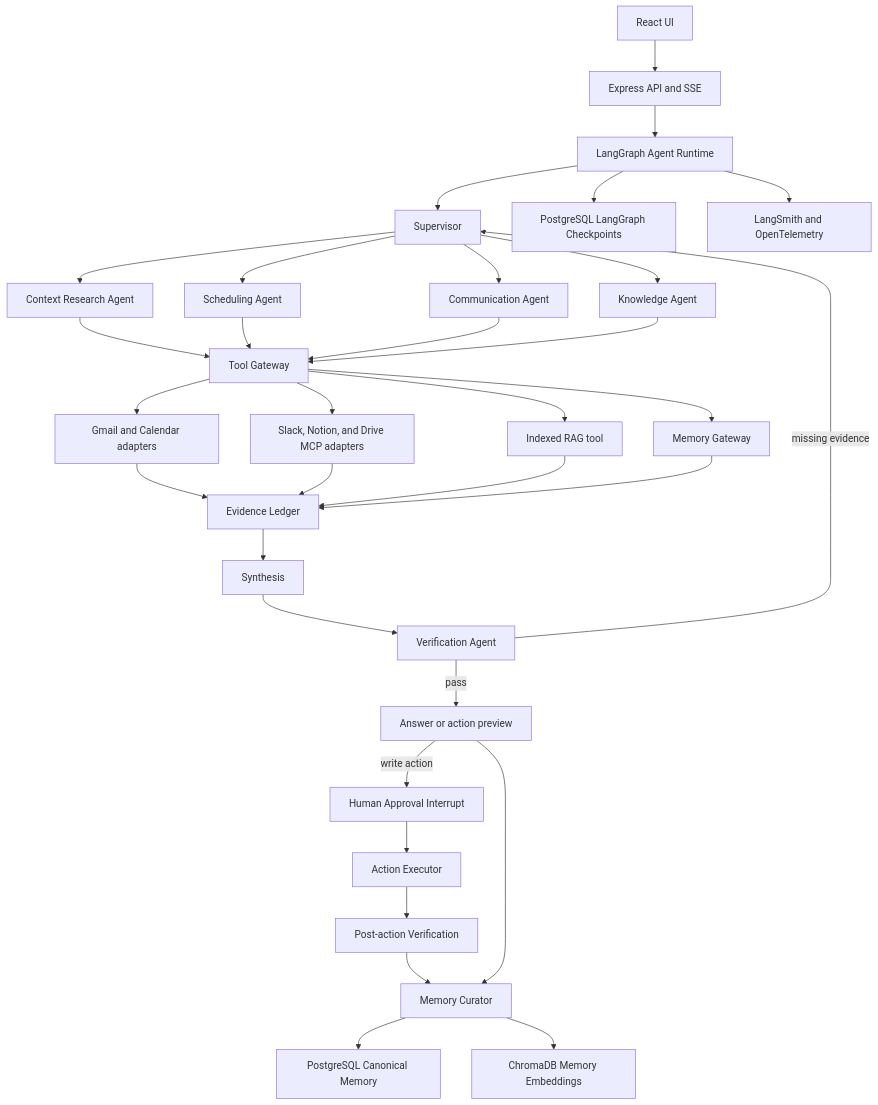
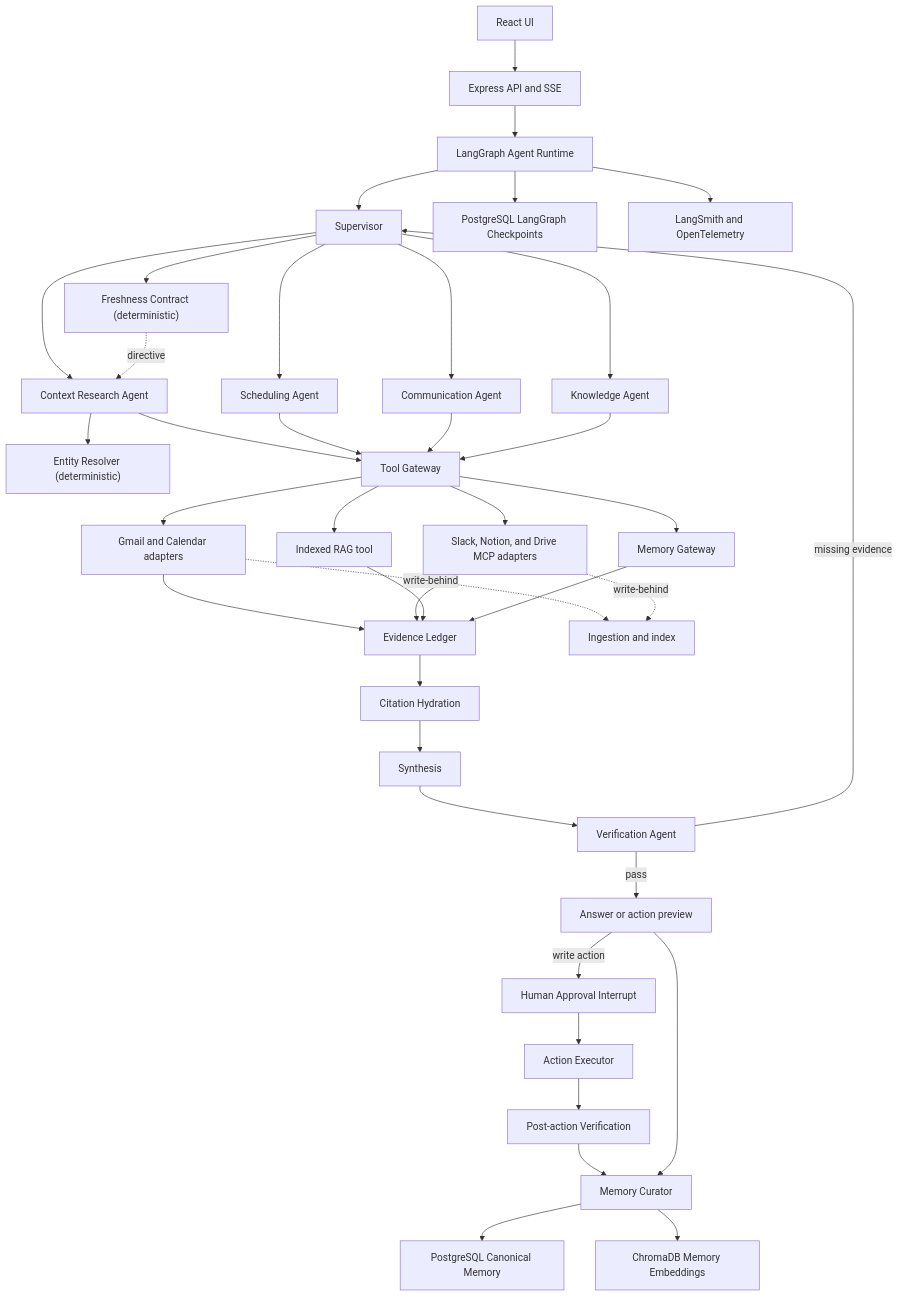
Before and after one commit to Srinivasa241103/MyRA: the first of 2 diagrams in docs/MYRA_V2_PROJECT_MASTER_PLAN.md, drawn with Mermaid. The commit also changed other lines of this file and 48 other files, not shown here.

````diff
--- a/docs/MYRA_V2_PROJECT_MASTER_PLAN.md
+++ b/docs/MYRA_V2_PROJECT_MASTER_PLAN.md
@@ -877,43 +957,51 @@
 ```mermaid
 flowchart TD
     UI["React UI"] --> API["Express API and SSE"]
     API --> GRAPH["LangGraph Agent Runtime"]
 
     GRAPH --> SUP["Supervisor"]
     SUP --> RES["Context Research Agent"]
     SUP --> SCH["Scheduling Agent"]
     SUP --> COM["Communication Agent"]
     SUP --> KNO["Knowledge Agent"]
+
+    SUP --> FRS["Freshness Contract (deterministic)"]
+    FRS -.directive.-> RES
+    RES --> ENT["Entity Resolver (deterministic)"]
 
     RES --> TG["Tool Gateway"]
     SCH --> TG
     COM --> TG
     KNO --> TG
 
     TG --> GOOGLE["Gmail and Calendar adapters"]
     TG --> MCP["Slack, Notion, and Drive MCP adapters"]
     TG --> RAG["Indexed RAG tool"]
     TG --> MEM["Memory Gateway"]
 
     GOOGLE --> EVID["Evidence Ledger"]
     MCP --> EVID
     RAG --> EVID
     MEM --> EVID
 
-    EVID --> SYN["Synthesis"]
+    GOOGLE -.write-behind.-> INDEX["Ingestion and index"]
+    MCP -.write-behind.-> INDEX
+
+    EVID --> HYD["Citation Hydration"]
+    HYD --> SYN["Synthesis"]
     SYN --> VER["Verification Agent"]
     VER -->|"pass"| RESP["Answer or action preview"]
     VER -->|"missing evidence"| SUP
 
     RESP -->|"write action"| APPROVAL["Human Approval Interrupt"]
     APPROVAL --> EXEC["Action Executor"]
     EXEC --> CHECK["Post-action Verification"]
 
     CHECK --> CURATOR["Memory Curator"]
     RESP --> CURATOR
 
     GRAPH --> CHECKPOINT["PostgreSQL LangGraph Checkpoints"]
     GRAPH --> TRACE["LangSmith and OpenTelemetry"]
     CURATOR --> PG["PostgreSQL Canonical Memory"]
     CURATOR --> CHROMA["ChromaDB Memory Embeddings"]
 ```
````
